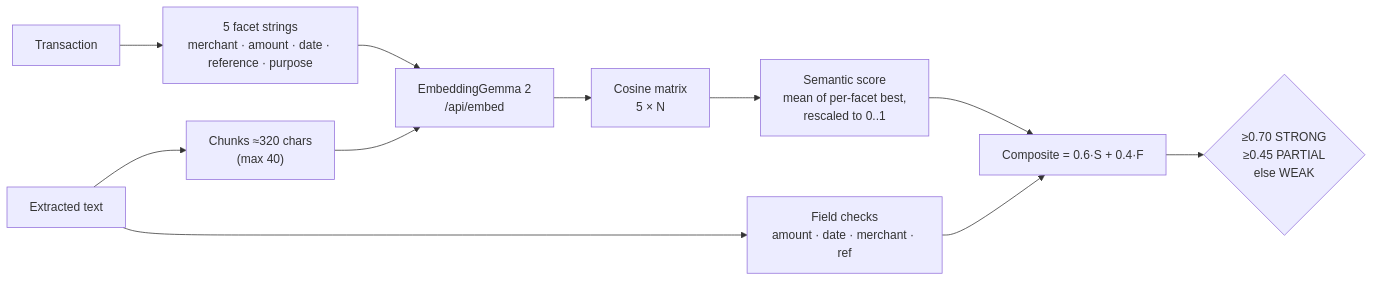
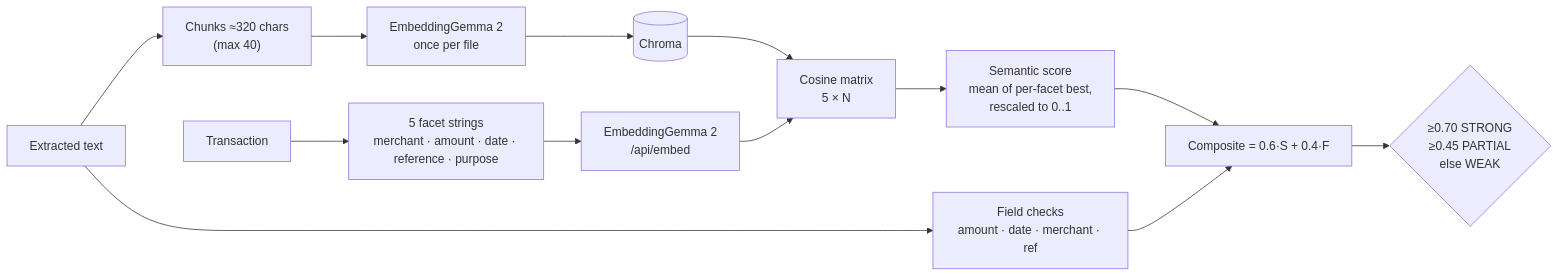
The seventh of 7 diagrams in docs/ARCHITECTURE.md (rajatrao/payment_intelligence), drawn with Mermaid before and after one commit. The commit also changed other lines of this file and 11 other files, not shown here.

````diff
--- a/docs/ARCHITECTURE.md
+++ b/docs/ARCHITECTURE.md
@@ -433,13 +488,15 @@
 ```mermaid
 flowchart LR
     txn["Transaction"] --> facets["5 facet strings<br/>merchant · amount · date · reference · purpose"]
     doc["Extracted text"] --> chunks["Chunks ≈320 chars<br/>(max 40)"]
     facets --> emb["EmbeddingGemma 2<br/>/api/embed"]
-    chunks --> emb
+    chunks --> emb2["EmbeddingGemma 2<br/>once per file"]
+    emb2 --> chroma[("Chroma")]
+    chroma --> M
     emb --> M["Cosine matrix<br/>5 × N"]
     M --> S["Semantic score<br/>mean of per-facet best,<br/>rescaled to 0..1"]
     doc --> F["Field checks<br/>amount · date · merchant · ref"]
     S --> C["Composite = 0.6·S + 0.4·F"]
     F --> C
     C --> V{"≥0.70 STRONG<br/>≥0.45 PARTIAL<br/>else WEAK"}
 ```
````
